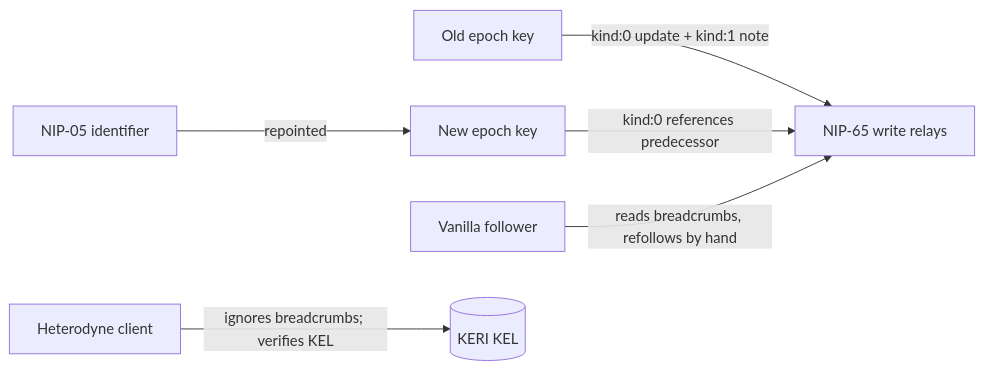
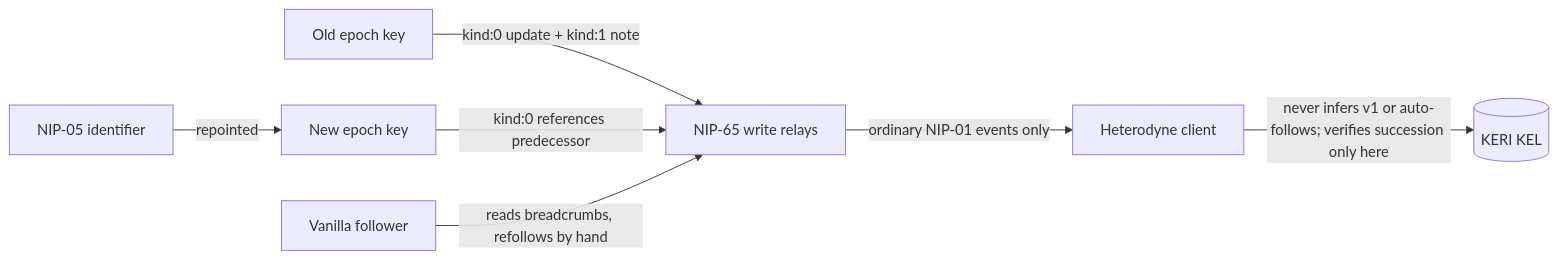
The diagram in docs/adr/2026-07-07-031-vanilla-nostr-breadcrumbs-and-interop.md (HeterodyneNetwork/HeterodyneProtocol), drawn with Mermaid before and after one commit. The commit also changed other lines of this file, not shown here.

````diff
--- a/docs/adr/2026-07-07-031-vanilla-nostr-breadcrumbs-and-interop.md
+++ b/docs/adr/2026-07-07-031-vanilla-nostr-breadcrumbs-and-interop.md
@@ -187,8 +275,9 @@
 ```mermaid
 flowchart LR
     OLD[Old epoch key] -->|kind:0 update + kind:1 note| RELAYS[NIP-65 write relays]
     NEW[New epoch key] -->|kind:0 references predecessor| RELAYS
     NIP05[NIP-05 identifier] -->|repointed| NEW
     VAN[Vanilla follower] -->|reads breadcrumbs, refollows by hand| RELAYS
-    HET[Heterodyne client] -->|ignores breadcrumbs; verifies KEL| KEL[(KERI KEL)]
+    RELAYS -->|ordinary NIP-01 events only| HET[Heterodyne client]
+    HET -->|never infers v1 or auto-follows; verifies succession only here| KEL[(KERI KEL)]
 ```
````
